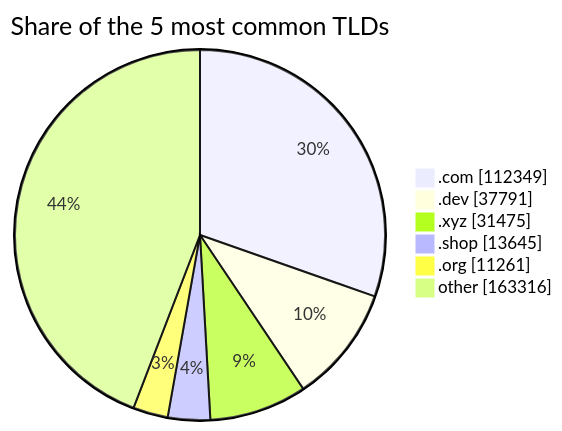
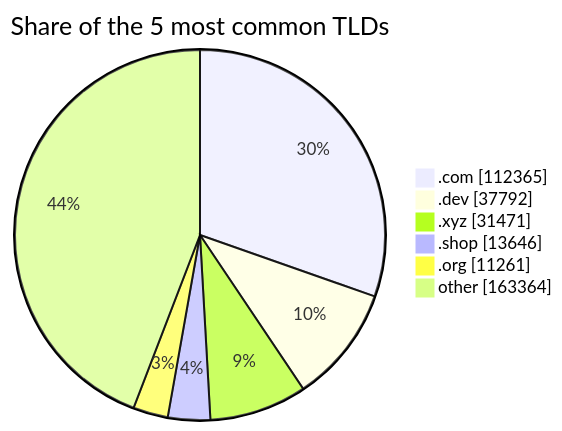
The third of 3 diagrams in README.md (DNSBunker/CTI), drawn with Mermaid before and after one commit. The commit also changed other lines of this file and 3 other files, not shown here.

````diff
--- a/README.md
+++ b/README.md
@@ -81,9 +81,9 @@
 ```mermaid
 pie showData title Share of the 5 most common TLDs
-    ".com" : 112349
-    ".dev" : 37791
-    ".xyz" : 31475
-    ".shop" : 13645
+    ".com" : 112365
+    ".dev" : 37792
+    ".xyz" : 31471
+    ".shop" : 13646
     ".org" : 11261
-    "other" : 163316
+    "other" : 163364
 ```
````
